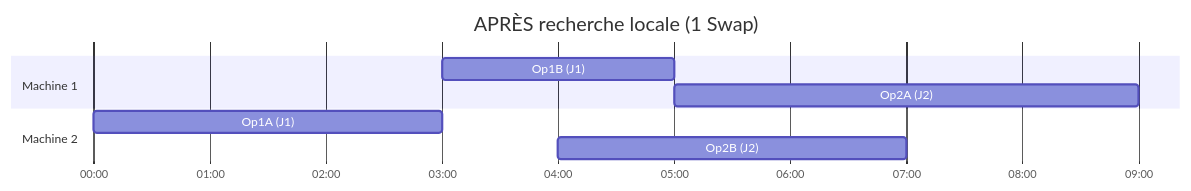
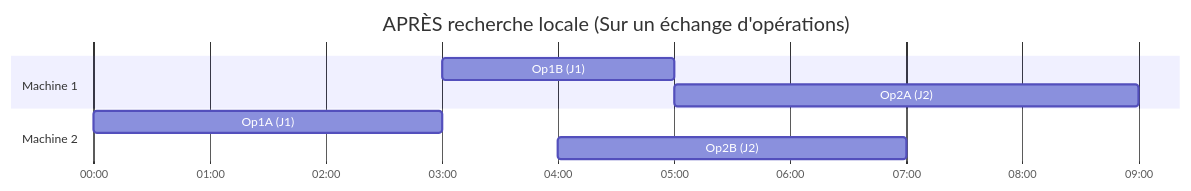
One commit to l3miage-tornambd/projet2025-ordonnancement changed the fifth of 5 diagrams in RAPPORT.md. Above: the diagram before and after it, drawn with Mermaid.

Commit message:
Changement dans le rapport

````diff
--- a/RAPPORT.md
+++ b/RAPPORT.md
@@ -270,14 +270,14 @@
 ```mermaid
 gantt
-    title APRÈS recherche locale (1 Swap)
+    title APRÈS recherche locale (Sur un échange d'opérations)
     dateFormat HH:mm
     axisFormat %H:%M
     
     section Machine 1
     Op1B (J1) :j1, 03:00, 2h
     Op2A (J2) :j2, 05:00, 4h
     
     section Machine 2
     Op1A (J1) :j1, 00:00, 3h
     Op2B (J2) :j2, 04:00, 3h
 ```
````
